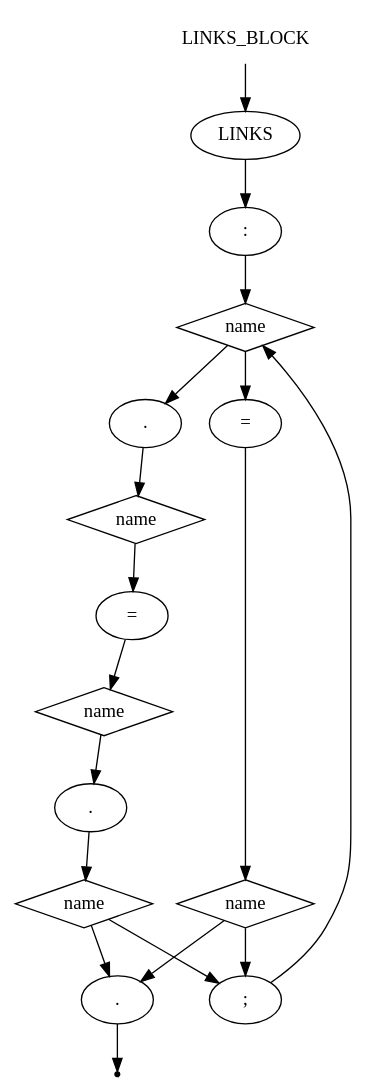
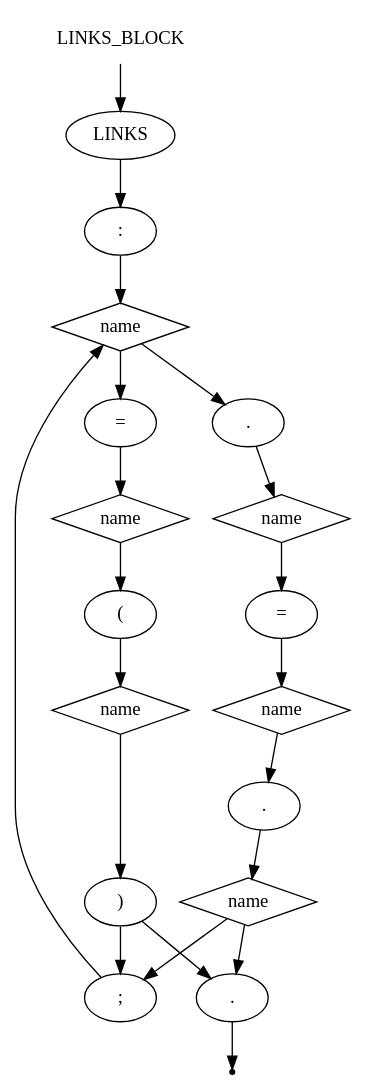
Before and after one commit to Samirox66/ciao: the diagram in ciao_gv/links.gv, drawn with Graphviz. The commit also changed 1 other file, not shown here.

```diff
--- a/ciao_gv/links.gv
+++ b/ciao_gv/links.gv
@@ -1,38 +1,44 @@
 digraph LINKS_BLOCK {
     start [label=LINKS_BLOCK shape=plaintext]
     O [label=LINKS shape=oval]
     U [label=":" shape=oval]
     A [label=name shape=diamond]
     B [label="=" shape=oval]
     C [label=name shape=diamond]
     K [label="." shape=oval]
     E [label=name shape=diamond]
     F [label="=" shape=oval]
     G [label=name shape=diamond]
     M [label="." shape=oval]
     N [label=name shape=diamond]
     H [label=";" shape=oval]
     I [label="." shape=oval]
+    L [label="(" shape=oval]
+    J [label=")" shape=oval]
+    D [label=name shape=diamond]
     end [label="" shape=point]
     
     start -> O
     O -> U
     U -> A
     A -> B
     A -> K
     B -> C
-    C -> H
-    C -> I
+    C -> L
+    L -> D
+    D -> J
+    J -> H
+    J -> I
 
     H -> A
 
     K -> E
     E -> F
     F -> G
     G -> M
     M -> N
     N -> H
     N -> I
 
     I -> end
 }
```
